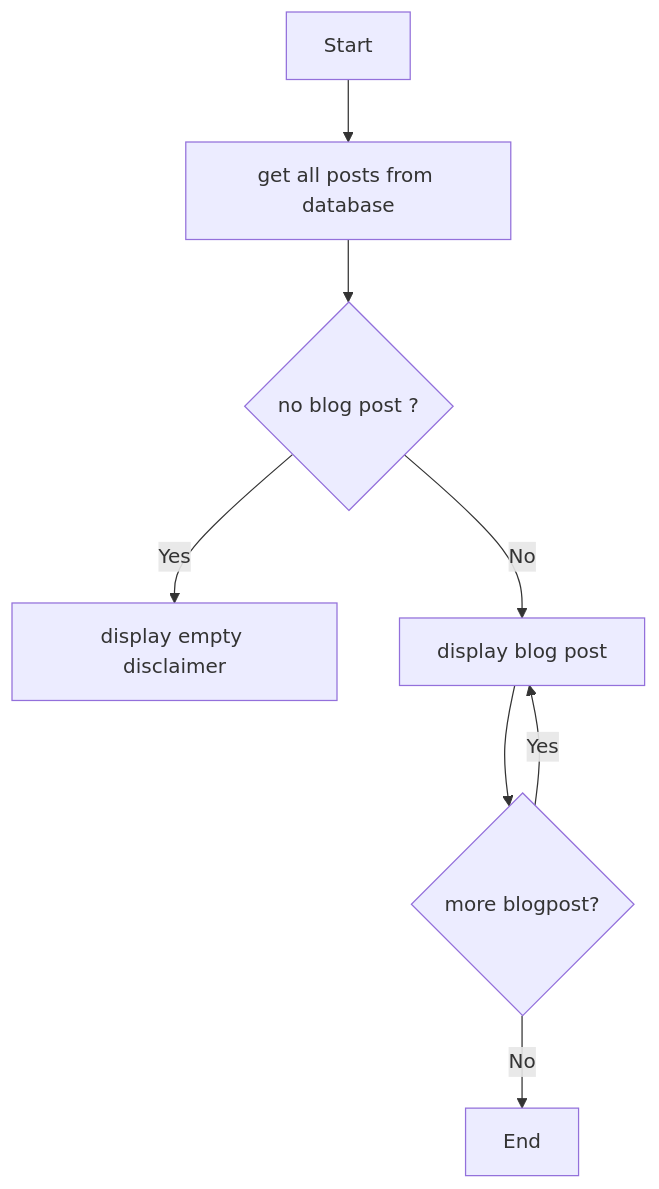
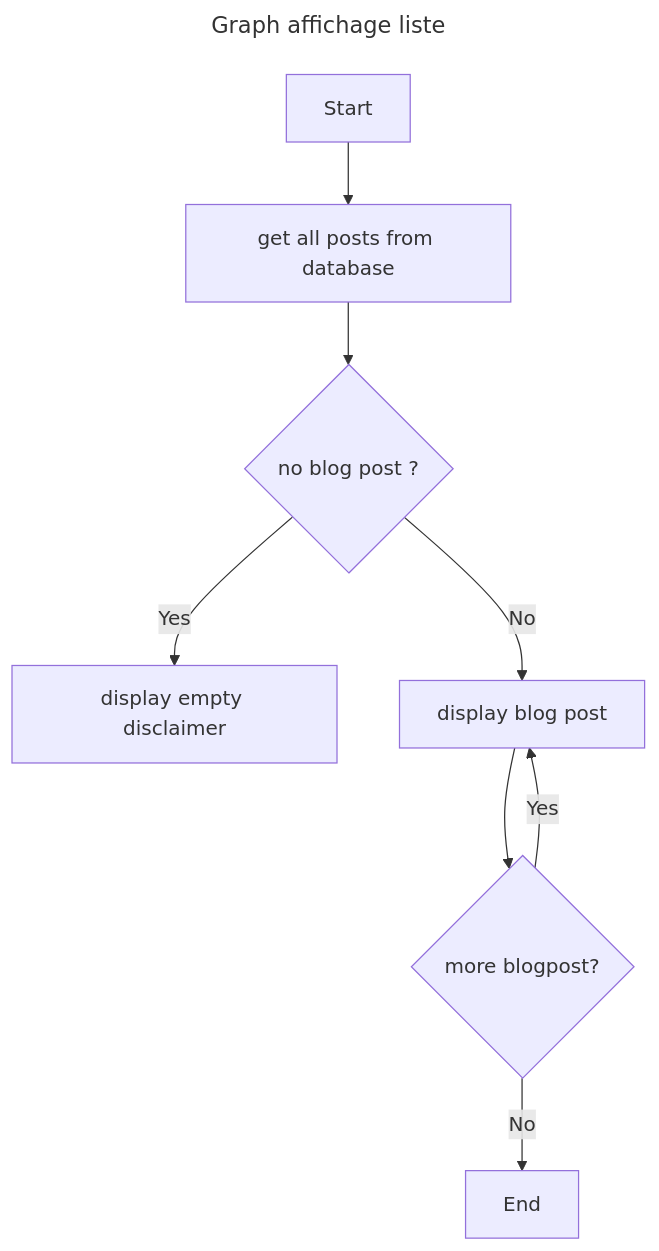
The second of 3 diagrams in doc/diagramme.md (Groughy/blog), drawn with Mermaid before and after one commit. The commit also changed other lines of this file and 6 other files, not shown here.

````diff
--- a/doc/diagramme.md
+++ b/doc/diagramme.md
@@ -17,10 +20,13 @@
 ```mermaid
+---
+title : Graph affichage liste
+---
 graph TD
 A[Start] --> B[get all posts from database]
 B --> C{no blog post ?}
 C -- Yes --> D[display empty disclaimer]
 C -- No --> E[display blog post]
 E --> F{more blogpost?}
 F -- Yes --> E
 F -- No --> G[End]
 ```
````
